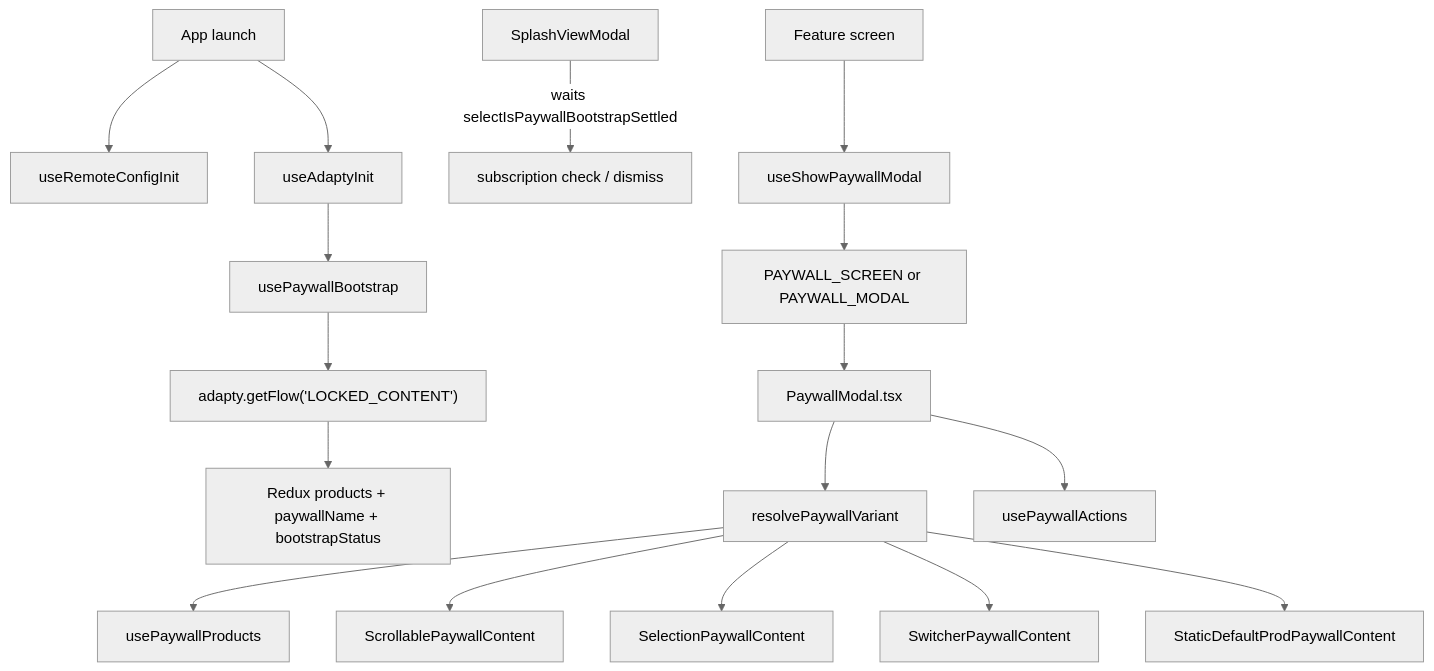
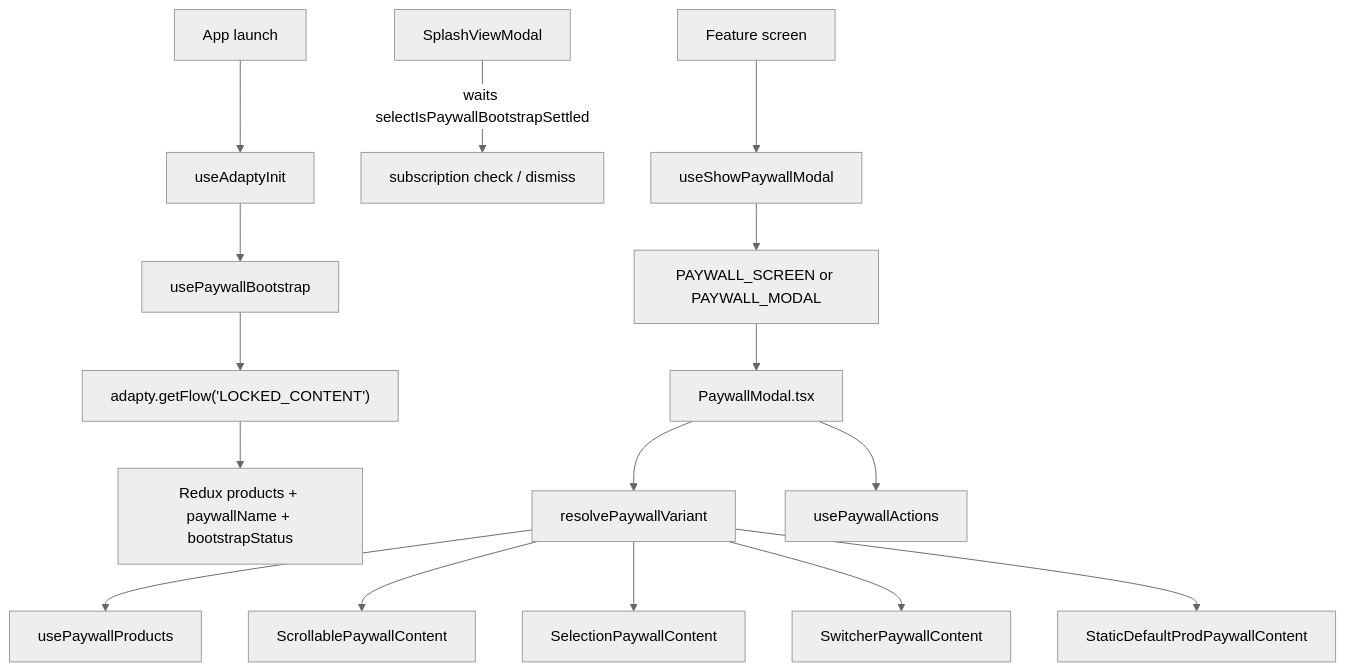
The diagram in .agents/skills/moonlit-paywall-screen/SKILL.md (TuTejsy/Moonlit), drawn with Mermaid (neutral theme) before and after one commit. The commit also changed other lines of this file and 39 other files, not shown here.

Commit message:
Remove Firebase and read paywall config from Adapty.

````diff
--- a/.agents/skills/moonlit-paywall-screen/SKILL.md
+++ b/.agents/skills/moonlit-paywall-screen/SKILL.md
@@ -25,19 +25,18 @@
 ```mermaid
 flowchart TD
-  AppLaunch[App launch] --> RemoteInit[useRemoteConfigInit]
-  AppLaunch --> AdaptyInit[useAdaptyInit]
+  AppLaunch[App launch] --> AdaptyInit[useAdaptyInit]
   AdaptyInit --> Bootstrap[usePaywallBootstrap]
   Bootstrap --> AdaptyFetch["adapty.getFlow('LOCKED_CONTENT')"]
   AdaptyFetch --> Redux[Redux products + paywallName + bootstrapStatus]
   Splash[SplashViewModal] -->|waits selectIsPaywallBootstrapSettled| Gate[subscription check / dismiss]
   Feature[Feature screen] --> ShowModal[useShowPaywallModal]
   ShowModal --> Nav[PAYWALL_SCREEN or PAYWALL_MODAL]
   Nav --> Shell[PaywallModal.tsx]
   Shell --> Registry[resolvePaywallVariant]
   Registry --> Products[usePaywallProducts]
   Shell --> Actions[usePaywallActions]
   Registry --> Scrollable[ScrollablePaywallContent]
   Registry --> Selection[SelectionPaywallContent]
   Registry --> Switcher[SwitcherPaywallContent]
   Registry --> StaticProd[StaticDefaultProdPaywallContent]
 ```
````
